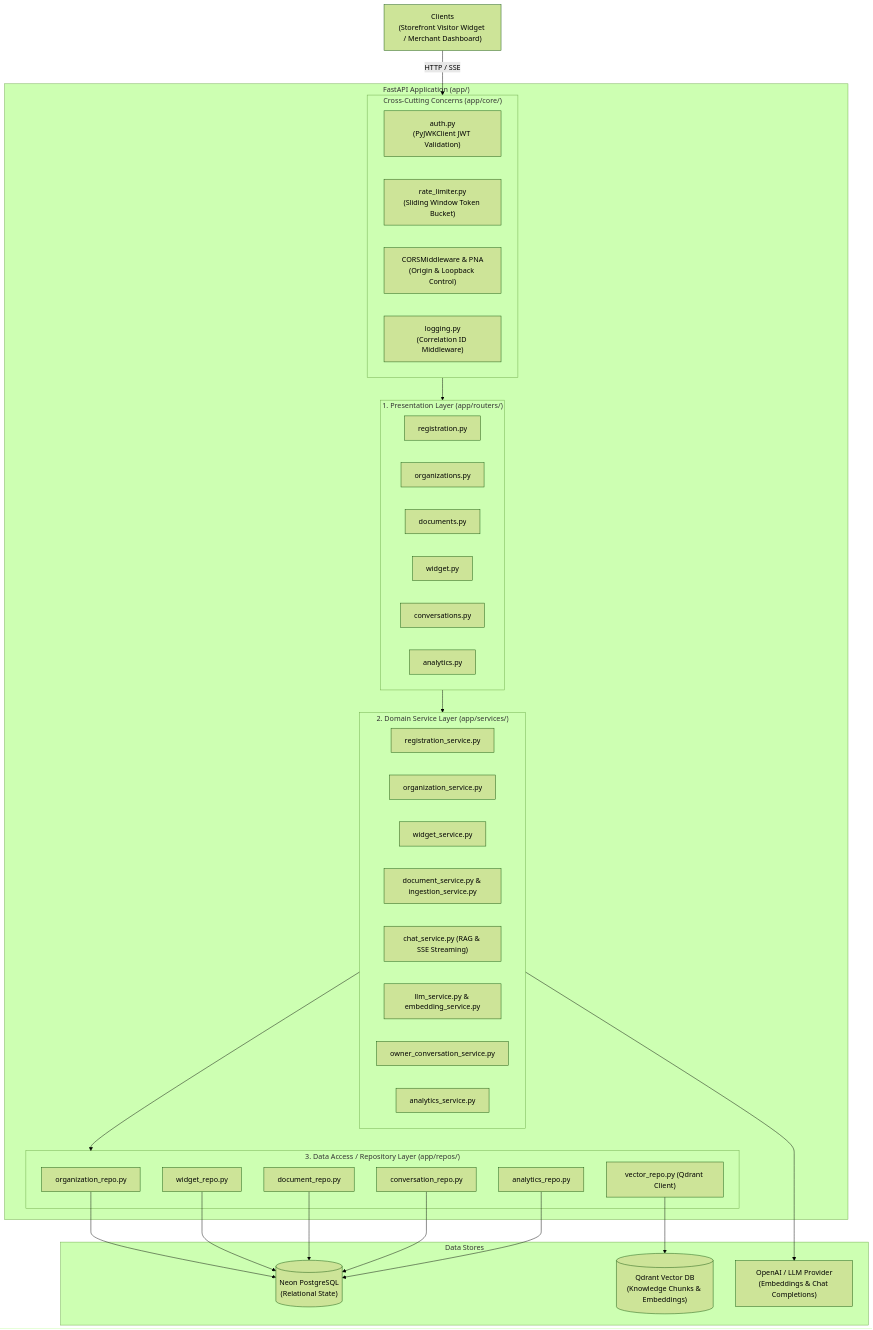
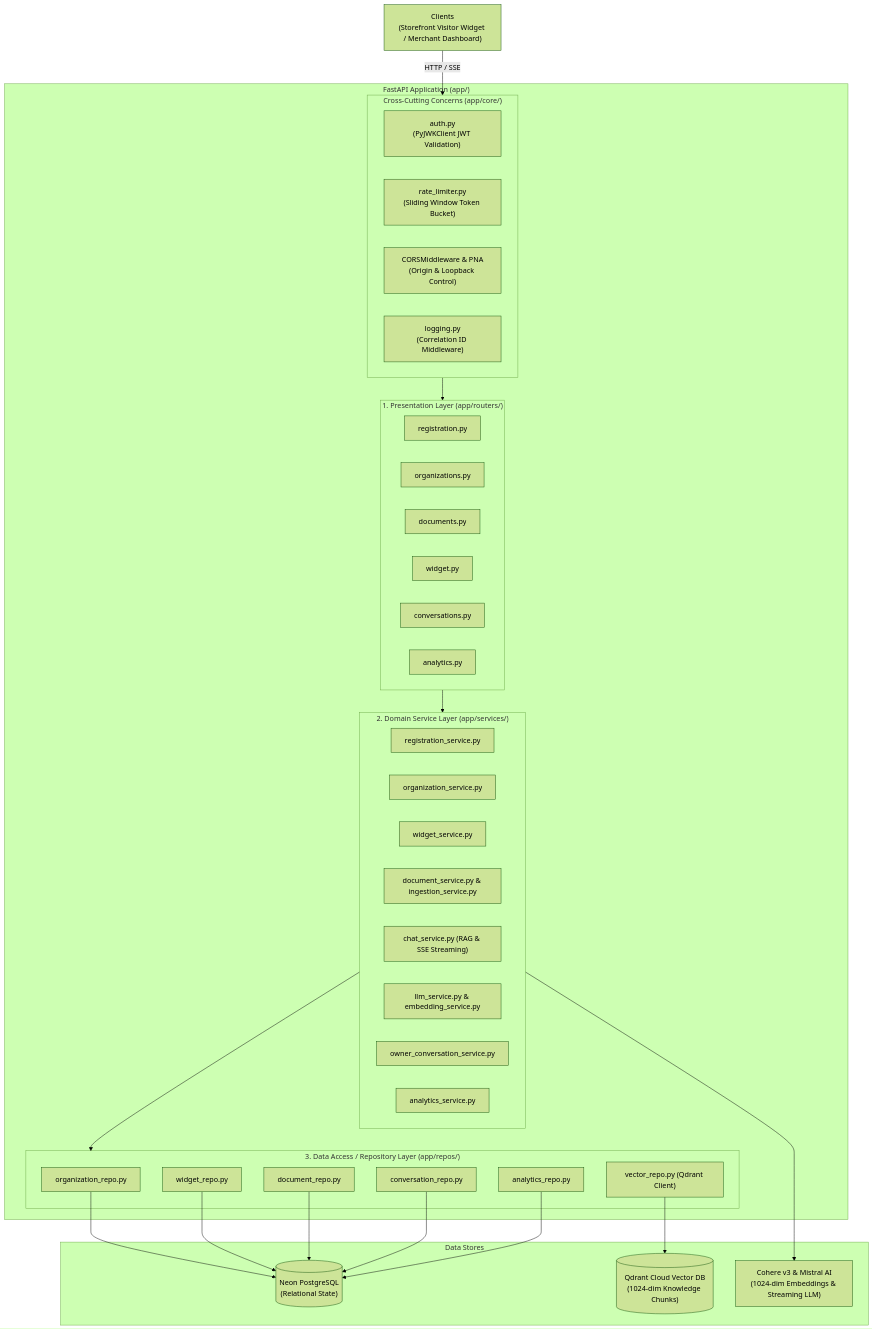
Before and after one commit to 0xabdullah27/resolvdesk: the first of 6 diagrams in BACKEND_ARCHITECTURE.md, drawn with Mermaid (forest theme). The commit also changed other lines of this file, not shown here.

Commit message:
docs: correct backend tech stack with active Cohere v3, Mistral AI, and Qdrant 1024-dim config

````diff
--- a/BACKEND_ARCHITECTURE.md
+++ b/BACKEND_ARCHITECTURE.md
@@ -27,56 +28,56 @@
 ```mermaid
 graph TD
     Client["Clients<br/>(Storefront Visitor Widget / Merchant Dashboard)"]
     
     subgraph FastAPI_Backend ["FastAPI Application (app/)"]
         subgraph Tier1 ["1. Presentation Layer (app/routers/)"]
             R_Reg["registration.py"]
             R_Org["organizations.py"]
             R_Doc["documents.py"]
             R_Wid["widget.py"]
             R_Conv["conversations.py"]
             R_Ana["analytics.py"]
         end
 
         subgraph Middleware_Security ["Cross-Cutting Concerns (app/core/)"]
             MW_Auth["auth.py<br/>(PyJWKClient JWT Validation)"]
             MW_Rate["rate_limiter.py<br/>(Sliding Window Token Bucket)"]
             MW_Cors["CORSMiddleware & PNA<br/>(Origin & Loopback Control)"]
             MW_Log["logging.py<br/>(Correlation ID Middleware)"]
         end
 
         subgraph Tier2 ["2. Domain Service Layer (app/services/)"]
             S_Reg["registration_service.py"]
             S_Org["organization_service.py"]
             S_Wid["widget_service.py"]
             S_Doc["document_service.py & ingestion_service.py"]
             S_Chat["chat_service.py (RAG & SSE Streaming)"]
             S_LLM["llm_service.py & embedding_service.py"]
             S_Conv["owner_conversation_service.py"]
             S_Ana["analytics_service.py"]
         end
 
         subgraph Tier3 ["3. Data Access / Repository Layer (app/repos/)"]
             Repo_Org["organization_repo.py"]
             Repo_Wid["widget_repo.py"]
             Repo_Doc["document_repo.py"]
             Repo_Conv["conversation_repo.py"]
             Repo_Vec["vector_repo.py (Qdrant Client)"]
             Repo_Ana["analytics_repo.py"]
         end
     end
 
     subgraph Data_Stores ["Data Stores"]
         DB_Postgres[("Neon PostgreSQL<br/>(Relational State)")]
-        DB_Qdrant[("Qdrant Vector DB<br/>(Knowledge Chunks & Embeddings)")]
-        External_LLM["OpenAI / LLM Provider<br/>(Embeddings & Chat Completions)"]
+        DB_Qdrant[("Qdrant Cloud Vector DB<br/>(1024-dim Knowledge Chunks)")]
+        External_LLM["Cohere v3 & Mistral AI<br/>(1024-dim Embeddings & Streaming LLM)"]
     end
 
     Client -->|HTTP / SSE| Middleware_Security
     Middleware_Security --> Tier1
     Tier1 --> Tier2
     Tier2 --> Tier3
     Tier2 --> External_LLM
     Repo_Org & Repo_Wid & Repo_Doc & Repo_Conv & Repo_Ana --> DB_Postgres
     Repo_Vec --> DB_Qdrant
 ```
````
